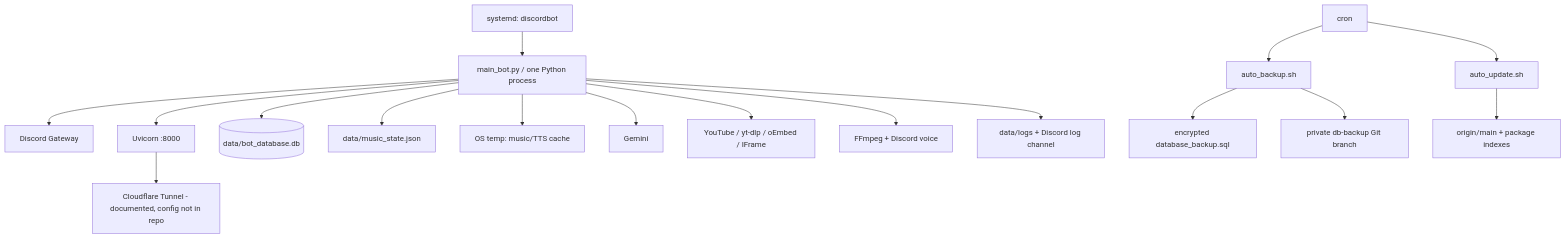
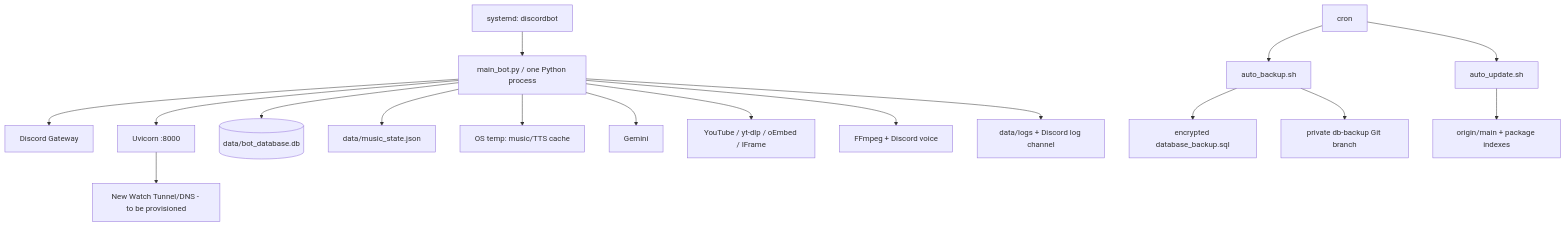
One commit to lgw323/Bot changed the diagram in docs/rebuild/01-current-system-overview.md. Above: the diagram before and after it, drawn with Mermaid. The commit also changed other lines of this file and 8 other files, not shown here.

````diff
--- a/docs/rebuild/01-current-system-overview.md
+++ b/docs/rebuild/01-current-system-overview.md
@@ -15,19 +17,19 @@
 ```mermaid
 flowchart TB
     SYS[systemd: discordbot] --> PY[main_bot.py / one Python process]
     CRON[cron] --> UP[auto_update.sh]
     CRON --> BK[auto_backup.sh]
     PY --> DG[Discord Gateway]
     PY --> HTTP[Uvicorn :8000]
-    HTTP --> CF[Cloudflare Tunnel - documented, config not in repo]
+    HTTP --> CF[New Watch Tunnel/DNS - to be provisioned]
     PY --> DB[(data/bot_database.db)]
     PY --> MS[data/music_state.json]
     PY --> TMP[OS temp: music/TTS cache]
     PY --> GEM[Gemini]
     PY --> YT[YouTube / yt-dlp / oEmbed / IFrame]
     PY --> FF[FFmpeg + Discord voice]
     PY --> LOG[data/logs + Discord log channel]
     BK --> BSQL[encrypted database_backup.sql]
     BK --> REM[private db-backup Git branch]
     UP --> GIT[origin/main + package indexes]
 ```
````
